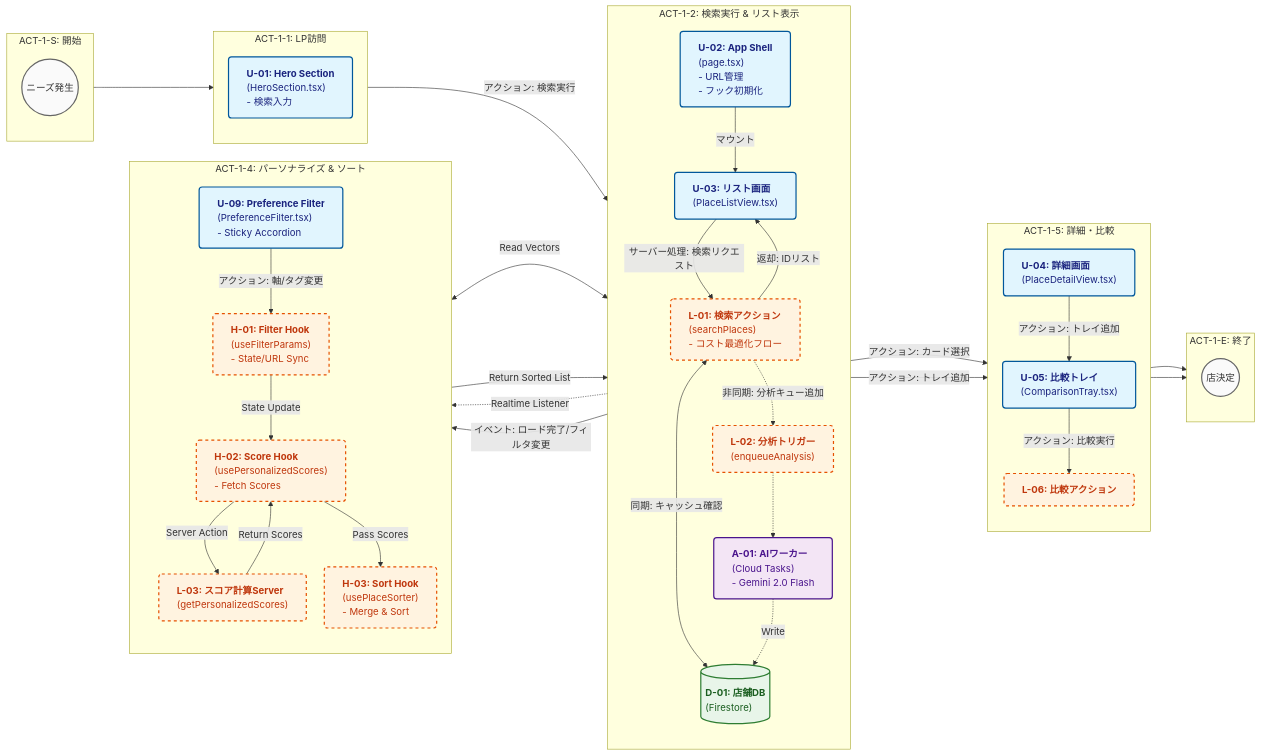
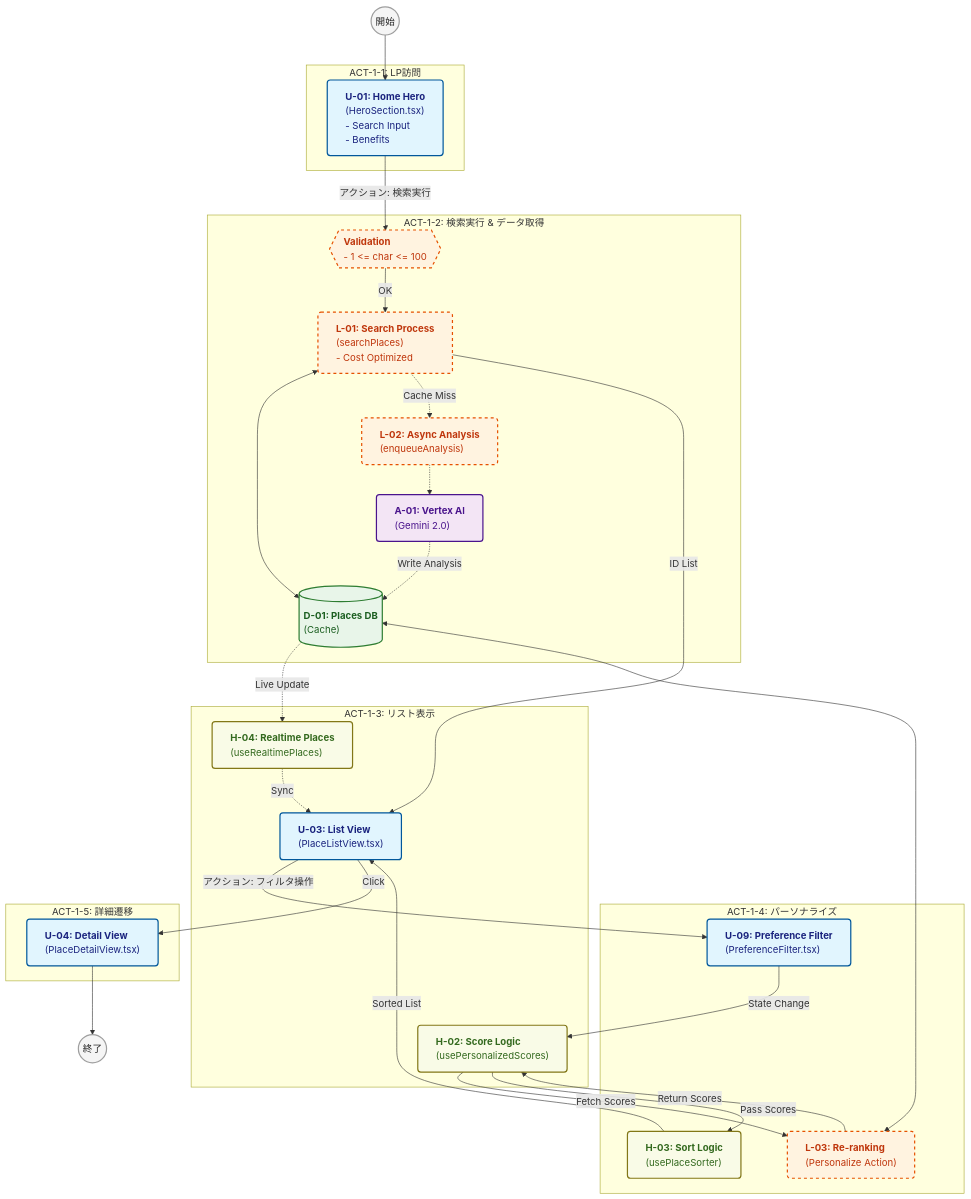
One commit to plplbody/googlemap-reviews-AIanalyzer changed the first of 14 diagrams in docs/仕様書.md. Above: the diagram before and after it, drawn with Mermaid. The commit also changed other lines of this file and 25 other files, not shown here.

````diff
--- a/docs/仕様書.md
+++ b/docs/仕様書.md
@@ -264,89 +289,64 @@
 ```mermaid
-%%{init: {'flowchart': {'useMaxWidth': false, 'rankSpacing': 60, 'nodeSpacing': 30}}}%%
-flowchart LR
-    %% Definitions
+flowchart TD
+    %% Define Classes
     classDef ui fill:#e1f5fe,stroke:#01579b,stroke-width:2px,rx:5,ry:5,color:#1a237e,text-align:left
+    classDef comp fill:#f9fbe7,stroke:#827717,stroke-width:2px,rx:5,ry:5,color:#33691e,text-align:left
     classDef logic fill:#fff3e0,stroke:#e65100,stroke-width:2px,stroke-dasharray: 5 5,rx:5,ry:5,color:#bf360c,text-align:left
     classDef ai fill:#f3e5f5,stroke:#4a148c,stroke-width:2px,rx:5,ry:5,color:#4a148c,text-align:left
     classDef db fill:#e8f5e9,stroke:#2e7d32,stroke-width:2px,rx:0,ry:0,color:#1b5e20,text-align:left
-    classDef startend fill:#fafafa,stroke:#666,stroke-width:2px,rx:20,ry:20,color:#333
+    classDef startend fill:#f5f5f5,stroke:#9e9e9e,stroke-width:2px,rx:50,ry:50,color:#212121
 
-    %% Row 1: Search & Discovery
-    subgraph ACT_1_S ["ACT-1-S: 開始"]
-        direction TB
-        Start((ニーズ発生)):::startend
+    S1_Start((開始)):::startend
+    S1_End((終了)):::startend
+
+    subgraph ACT_1_1 ["ACT-1-1: LP訪問"]
+        U_01["<b>U-01: Home Hero</b><br/>(HeroSection.tsx)<br/>- Search Input<br/>- Benefits"]:::ui
     end
 
-    subgraph ACT_1_1 ["ACT-1-1: LP訪問"]
-        direction TB
-        U_01["<b>U-01: Hero Section</b><br/>(HeroSection.tsx)<br/>- 検索入力"]:::ui
+    subgraph ACT_1_2 ["ACT-1-2: 検索実行 & データ取得"]
+        L_Valid{{"<b>Validation</b><br/>- 1 <= char <= 100"}}:::logic
+        L_01["<b>L-01: Search Process</b><br/>(searchPlaces)<br/>- Cost Optimized"]:::logic
+        D_01[("<b>D-01: Places DB</b><br/>(Cache)")]:::db
+        L_02["<b>L-02: Async Analysis</b><br/>(enqueueAnalysis)"]:::logic
+        A_01["<b>A-01: Vertex AI</b><br/>(Gemini 2.0)"]:::ai
+        
+        U_01 -- "アクション: 検索実行" --> L_Valid
+        L_Valid -- "OK" --> L_01
+        L_01 <--> D_01
+        L_01 -. "Cache Miss" .-> L_02
+        L_02 -.-> A_01
+        A_01 -. "Write Analysis" .-> D_01
     end
 
-    subgraph ACT_1_2 ["ACT-1-2: 検索実行 & リスト表示"]
-        direction TB
-        U_Page["<b>U-02: App Shell</b><br/>(page.tsx)<br/>- URL管理<br/>- フック初期化"]:::ui
-        U_List["<b>U-03: リスト画面</b><br/>(PlaceListView.tsx)"]:::ui
-        
-        L_01["<b>L-01: 検索アクション</b><br/>(searchPlaces)<br/>- コスト最適化フロー"]:::logic
-        L_02["<b>L-02: 分析トリガー</b><br/>(enqueueAnalysis)"]:::logic
-        A_01["<b>A-01: AIワーカー</b><br/>(Cloud Tasks)<br/>- Gemini 2.0 Flash"]:::ai
-        D_01[("<b>D-01: 店舗DB</b><br/>(Firestore)")]:::db
+    subgraph ACT_1_3 ["ACT-1-3: リスト表示"]
+        U_03["<b>U-03: List View</b><br/>(PlaceListView.tsx)"]:::ui
+        H_02["<b>H-02: Score Logic</b><br/>(usePersonalizedScores)"]:::comp
+        H_04["<b>H-04: Realtime Places</b><br/>(useRealtimePlaces)"]:::comp
+
+        L_01 -- "ID List" --> U_03
+        D_01 -. "Live Update" .-> H_04
+        H_04 -. "Sync" .-> U_03
     end
 
-    subgraph ACT_1_4 ["ACT-1-4: パーソナライズ & ソート"]
-        direction TB
-        U_Filter["<b>U-09: Preference Filter</b><br/>(PreferenceFilter.tsx)<br/>- Sticky Accordion"]:::ui
-        H_Filter["<b>H-01: Filter Hook</b><br/>(useFilterParams)<br/>- State/URL Sync"]:::logic
-        H_Score["<b>H-02: Score Hook</b><br/>(usePersonalizedScores)<br/>- Fetch Scores"]:::logic
-        H_Sort["<b>H-03: Sort Hook</b><br/>(usePlaceSorter)<br/>- Merge & Sort"]:::logic
-        L_03["<b>L-03: スコア計算Server</b><br/>(getPersonalizedScores)"]:::logic
+    subgraph ACT_1_4 ["ACT-1-4: パーソナライズ"]
+        U_09["<b>U-09: Preference Filter</b><br/>(PreferenceFilter.tsx)"]:::ui
+        L_03["<b>L-03: Re-ranking</b><br/>(Personalize Action)"]:::logic
+        H_03["<b>H-03: Sort Logic</b><br/>(usePlaceSorter)"]:::comp
+
+        U_03 -- "アクション: フィルタ操作" --> U_09
+        U_09 -- "State Change" --> H_02
+        H_02 -- "Fetch Scores" --> L_03
+        L_03 <--> D_01
+        L_03 -- "Return Scores" --> H_02
+        H_02 -- "Pass Scores" --> H_03
+        H_03 -- "Sorted List" --> U_03
     end
 
-    subgraph ACT_1_5 ["ACT-1-5: 詳細・比較"]
-        direction TB
-        U_Detail["<b>U-04: 詳細画面</b><br/>(PlaceDetailView.tsx)"]:::ui
-        U_Tray["<b>U-05: 比較トレイ</b><br/>(ComparisonTray.tsx)"]:::ui
-        L_06["<b>L-06: 比較アクション</b>"]:::logic
+    subgraph ACT_1_5 ["ACT-1-5: 詳細遷移"]
+        U_04["<b>U-04: Detail View</b><br/>(PlaceDetailView.tsx)"]:::ui
     end
 
-    subgraph ACT_1_E ["ACT-1-E: 終了"]
-        direction TB
-        End((店決定)):::startend
-    end
-
-    %% Flows
-    ACT_1_S --> ACT_1_1
-    ACT_1_1 -- "アクション: 検索実行" --> U_Page
-    U_Page -- "マウント" --> U_List
-
-    %% Search Loop
-    U_List -- "サーバー処理: 検索リクエスト" --> L_01
-    L_01 <-- "同期: キャッシュ確認" --> D_01
-    L_01 -- "返却: IDリスト" --> U_List
-    
-    %% Async Analysis
-    L_01 -. "非同期: 分析キュー追加" .-> L_02
-    L_02 -.-> A_01
-    A_01 -. "Write" .-> D_01
-    D_01 -. "Realtime Listener" .-> H_Sort
-
-    %% Personalization Loop (Hook Driven)
-    U_List -- "イベント: ロード完了/フィルタ変更" --> H_Score
-    U_Filter -- "アクション: 軸/タグ変更" --> H_Filter
-    H_Filter -- "State Update" --> H_Score
-    H_Score -- "Server Action" --> L_03
-    L_03 <-- "Read Vectors" --> D_01
-    L_03 -- "Return Scores" --> H_Score
-    H_Score -- "Pass Scores" --> H_Sort
-    H_Sort -- "Return Sorted List" --> U_List
-
-    %% Detail & Compare
-    U_List -- "アクション: カード選択" --> U_Detail
-    U_List -- "アクション: トレイ追加" --> U_Tray
-    U_Detail -- "アクション: トレイ追加" --> U_Tray
-    U_Tray -- "アクション: 比較実行" --> L_06
-    
-    %% End
-    U_Detail --> End
-    L_06 --> End
+    S1_Start --> U_01
+    U_03 -- "Click" --> U_04
+    U_04 --> S1_End
 ```
````
